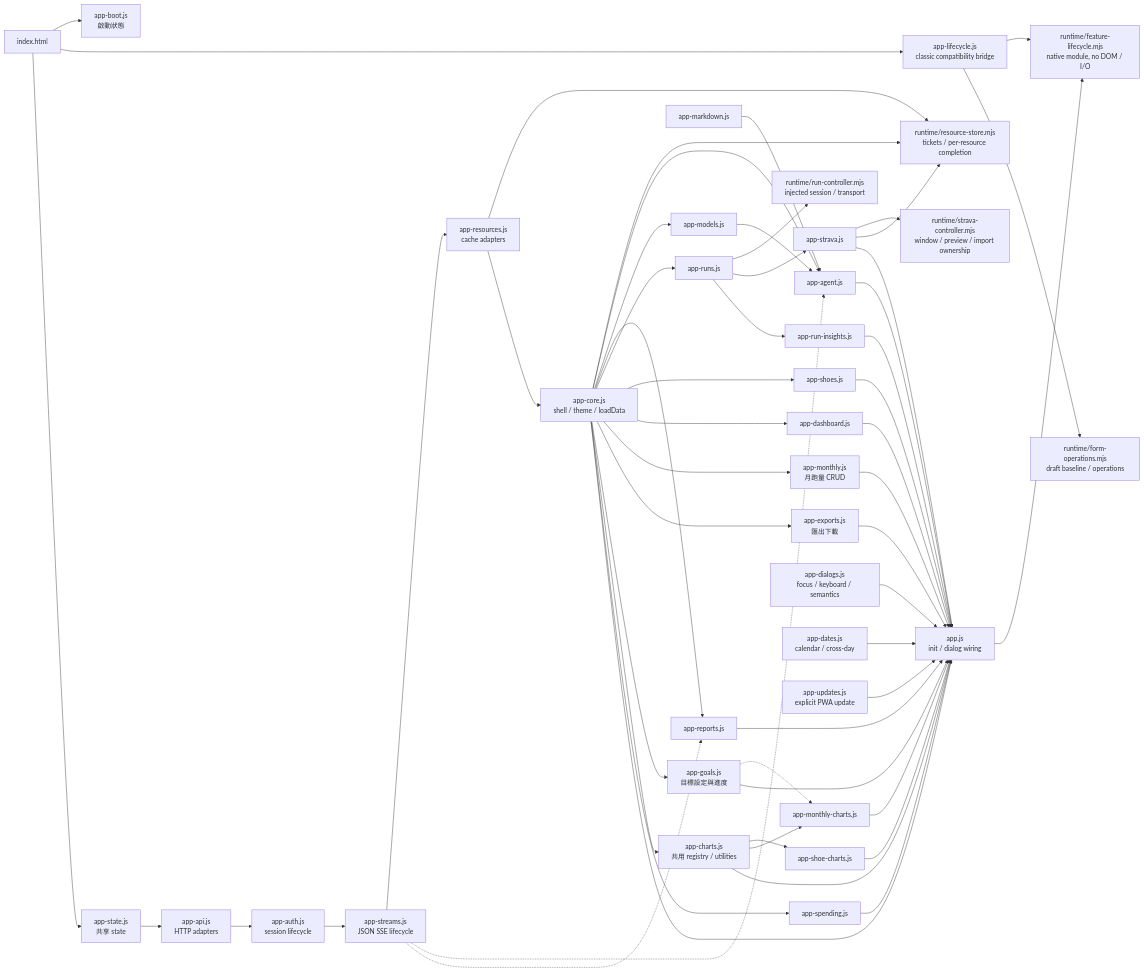
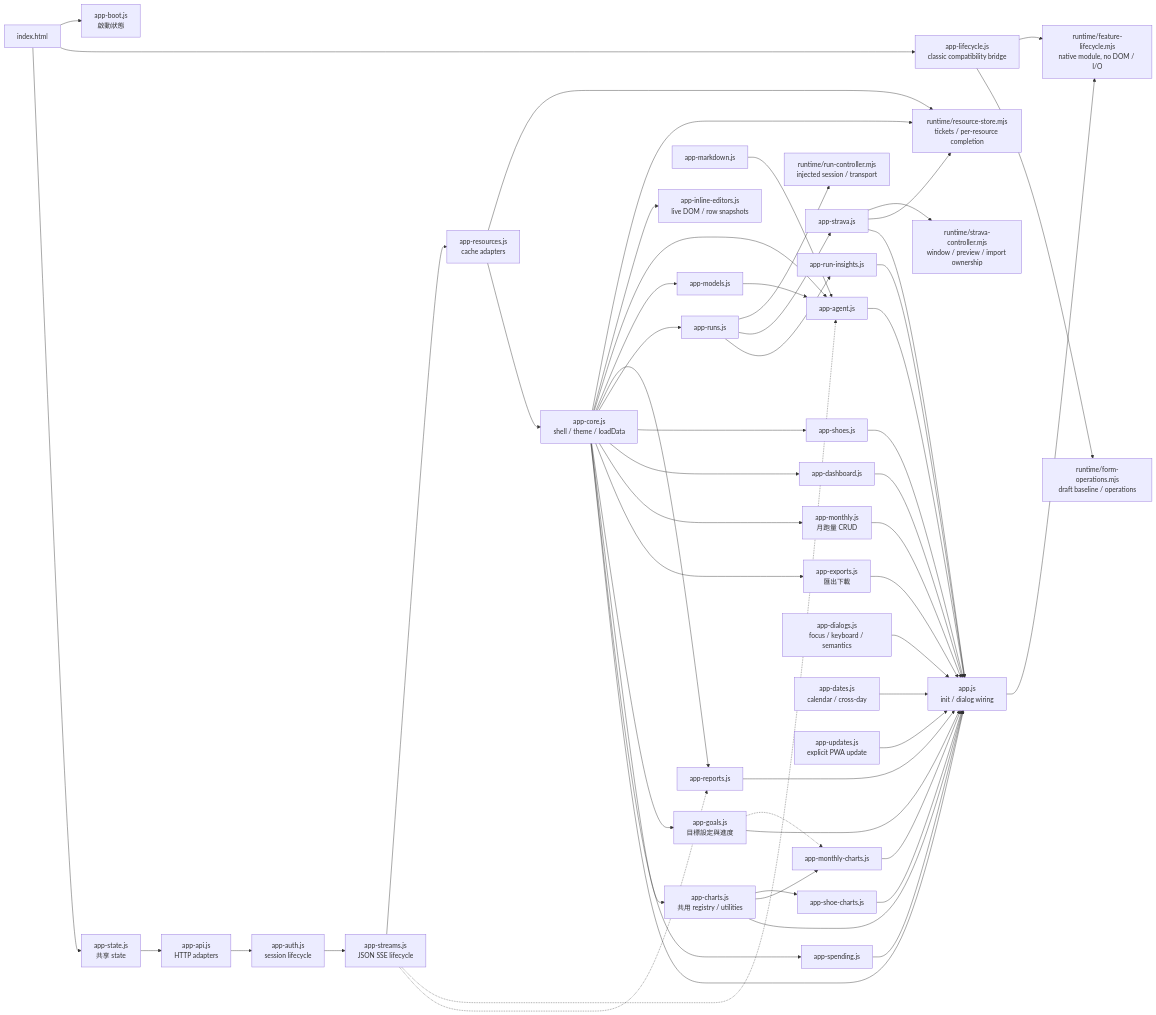
Before and after one commit to Teng91/running-shoes: the sixth of 13 diagrams in docs/architecture.md, drawn with Mermaid. The commit also changed other lines of this file and 52 other files, not shown here.

````diff
--- a/docs/architecture.md
+++ b/docs/architecture.md
@@ -194,56 +200,57 @@
 ```mermaid
 flowchart LR
     HTML[index.html] --> Boot[app-boot.js<br/>啟動狀態]
     HTML --> Lifecycle[app-lifecycle.js<br/>classic compatibility bridge]
     Bootstrap --> Native[runtime/feature-lifecycle.mjs<br/>native module, no DOM / I/O]
     Lifecycle --> Native
     HTML --> State[app-state.js<br/>共享 state]
     State --> API[app-api.js<br/>HTTP adapters]
     API --> AuthUI[app-auth.js<br/>session lifecycle]
     AuthUI --> Streams[app-streams.js<br/>JSON SSE lifecycle]
     Streams --> Resources[app-resources.js<br/>cache adapters]
     Resources --> Store[runtime/resource-store.mjs<br/>tickets / per-resource completion]
     Resources --> Core[app-core.js<br/>shell / theme / loadData]
     Core --> Store
+    Core --> Inline[app-inline-editors.js<br/>live DOM / row snapshots]
     Lifecycle --> Forms[runtime/form-operations.mjs<br/>draft baseline / operations]
     Streams -.-> AgentUI
     Streams -.-> ReportsUI
     Core --> AgentUI[app-agent.js]
     Core --> ModelsUI[app-models.js]
     ModelsUI --> AgentUI
     MarkdownUI[app-markdown.js] --> AgentUI
     Core --> ReportsUI[app-reports.js]
     Core --> RunCRUD[app-runs.js]
     RunCRUD --> RunNative[runtime/run-controller.mjs<br/>injected session / transport]
     RunCRUD --> StravaUI[app-strava.js]
     StravaUI --> StravaNative[runtime/strava-controller.mjs<br/>window / preview / import ownership]
     StravaUI --> Store
     RunCRUD --> RunInsights[app-run-insights.js]
     Core --> ShoesUI[app-shoes.js]
     Core --> Dashboard[app-dashboard.js]
     Core --> Monthly[app-monthly.js<br/>月跑量 CRUD]
     Core --> ExportsUI[app-exports.js<br/>匯出下載]
     Core --> GoalsUI[app-goals.js<br/>目標設定與進度]
     Core --> Charts[app-charts.js<br/>共用 registry / utilities]
     Charts --> ShoeCharts[app-shoe-charts.js]
     Charts --> MileageCharts[app-monthly-charts.js]
     GoalsUI -.-> MileageCharts
     Core --> Spending[app-spending.js]
     Core --> Bootstrap[app.js<br/>init / dialog wiring]
     AgentUI --> Bootstrap
     ReportsUI --> Bootstrap
     StravaUI --> Bootstrap
     RunInsights --> Bootstrap
     ShoesUI --> Bootstrap
     Dashboard --> Bootstrap
     Monthly --> Bootstrap
     ExportsUI --> Bootstrap
     GoalsUI --> Bootstrap
     Charts --> Bootstrap
     ShoeCharts --> Bootstrap
     MileageCharts --> Bootstrap
     Spending --> Bootstrap
     Dialogs[app-dialogs.js<br/>focus / keyboard / semantics] --> Bootstrap
     Dates[app-dates.js<br/>calendar / cross-day] --> Bootstrap
     Updates[app-updates.js<br/>explicit PWA update] --> Bootstrap
 ```
````
